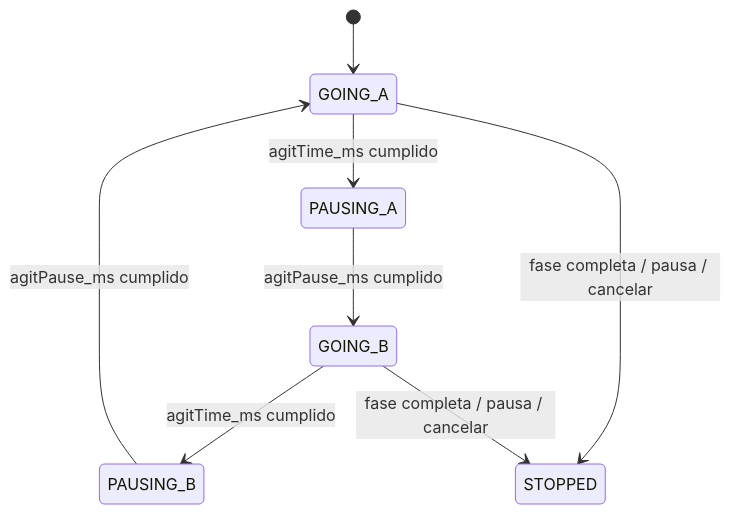
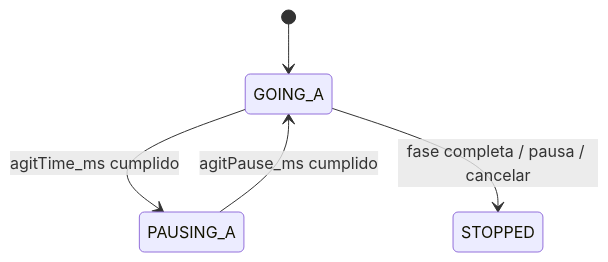
The third of 6 diagrams in MANUAL.md (carlosD2884MK/Lavadora-ESP32), drawn with Mermaid before and after one commit. The commit also changed other lines of this file and 5 other files, not shown here.

````diff
--- a/MANUAL.md
+++ b/MANUAL.md
@@ -232,10 +238,7 @@
 ```mermaid
 stateDiagram-v2
     [*] --> GOING_A
-    GOING_A --> PAUSING_A : agitTime_ms cumplido
-    PAUSING_A --> GOING_B : agitPause_ms cumplido
-    GOING_B --> PAUSING_B : agitTime_ms cumplido
-    PAUSING_B --> GOING_A : agitPause_ms cumplido
+  GOING_A --> PAUSING_A : agitTime_ms cumplido
+  PAUSING_A --> GOING_A : agitPause_ms cumplido
     GOING_A --> STOPPED : fase completa / pausa / cancelar
-    GOING_B --> STOPPED : fase completa / pausa / cancelar
 ```
````
